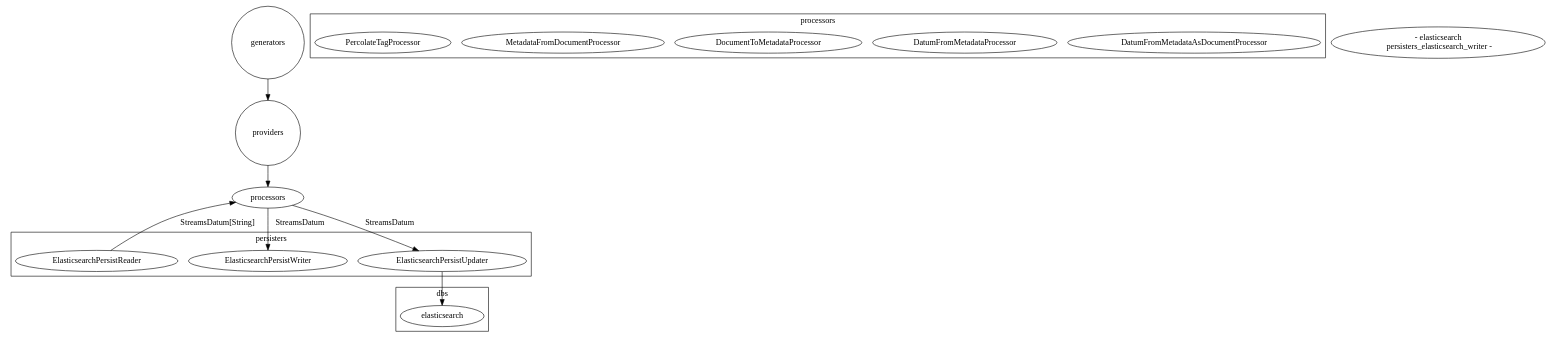
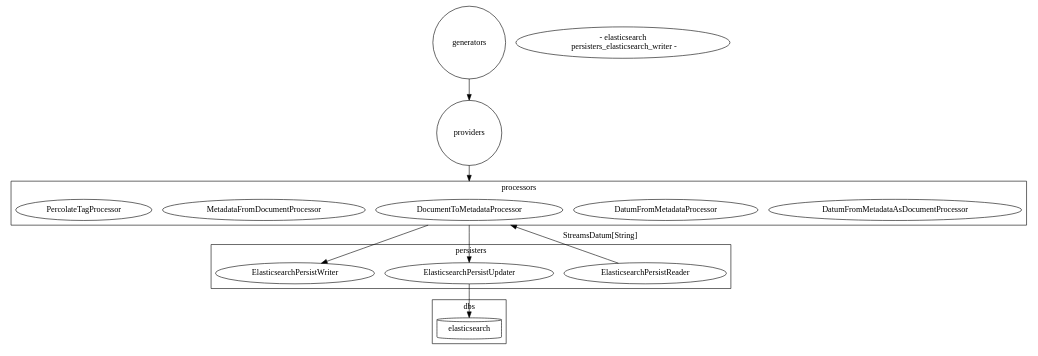
Before and after one commit to apache/streams: the diagram in streams-contrib/streams-persist-elasticsearch/src/main/resources/components.dot, drawn with Graphviz. The commit also changed 59 other files, not shown here.

Commit message:
another round of README and diagram improvements

```diff
--- a/streams-contrib/streams-persist-elasticsearch/src/main/resources/components.dot
+++ b/streams-contrib/streams-persist-elasticsearch/src/main/resources/components.dot
@@ -1,42 +1,42 @@
 digraph g {
 
   graph [compound = true];
 
   //presentation
   splines = true;
   overlap = false;
   rankdir = TB;
 
   generators [label="generators", shape="circle"];
   providers [label="providers", shape="circle"];
 
   subgraph cluster_processors {
     label="processors";
     processors_elasticsearch_DatumFromMetadataAsDocumentProcessor [label="DatumFromMetadataAsDocumentProcessor"]
     processors_elasticsearch_DatumFromMetadataProcessor [label="DatumFromMetadataProcessor"]
     processors_elasticsearch_DocumentToMetadataProcessor [label="DocumentToMetadataProcessor"]
     processors_elasticsearch_MetadataFromDocumentProcessor [label="MetadataFromDocumentProcessor"]
     processors_elasticsearch_PercolateTagProcessor [label="PercolateTagProcessor"]
   }
 
   subgraph cluster_persisters {
     label="persisters";
     persisters_elasticsearch_reader [label="ElasticsearchPersistReader"]
     persisters_elasticsearch_writer [label="ElasticsearchPersistWriter"]
     persisters_elasticsearch_updater [label="ElasticsearchPersistUpdater"]
   }
 
   subgraph cluster_dbs {
     label="dbs";
-    elasticsearch [label="elasticsearch"]
+    elasticsearch [label="elasticsearch", shape="cylinder"]
   }
 
   generators -> providers
-  providers -> processors
-  processors -> persisters_elasticsearch_writer [label="StreamsDatum"]
-  processors -> persisters_elasticsearch_updater [label="StreamsDatum"]
-  persisters_elasticsearch_reader -> processors [label="StreamsDatum[String]"]
+  providers -> processors_elasticsearch_DocumentToMetadataProcessor [lhead=cluster_processors]
+  processors_elasticsearch_DocumentToMetadataProcessor -> persisters_elasticsearch_writer [ltail=cluster_processors]
+  processors_elasticsearch_DocumentToMetadataProcessor -> persisters_elasticsearch_updater [ltail=cluster_processors]
+  persisters_elasticsearch_reader -> processors_elasticsearch_DocumentToMetadataProcessor [label="StreamsDatum[String]", lhead=cluster_processors]
   persisters_elasticsearch_reader <- elasticsearch
   persisters_elasticsearch_writer -> elasticsearch
   persisters_elasticsearch_updater -> elasticsearch
 }
```
